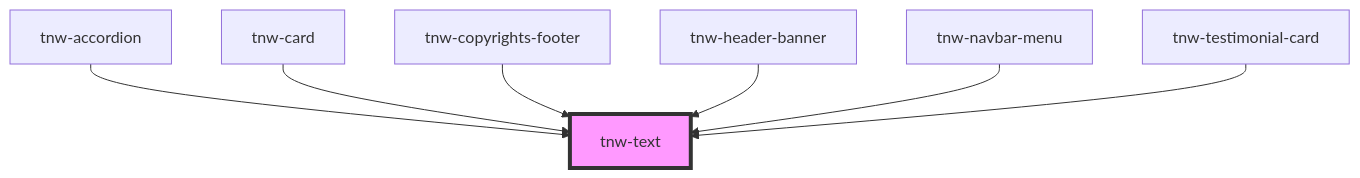
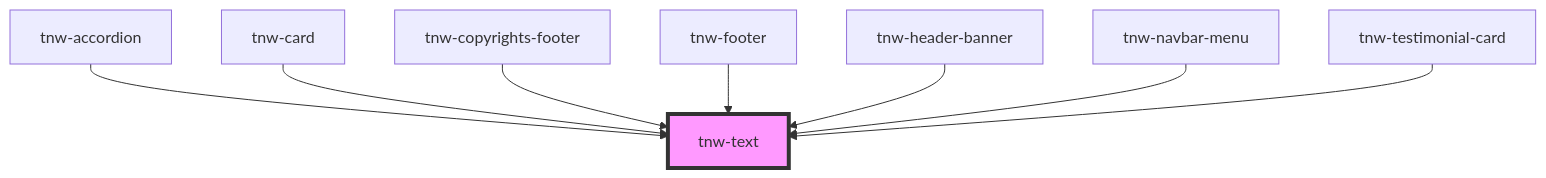
Before and after one commit to technway/technway-component-library: the diagram in packages/stencil-library/src/components/tnw-text/readme.md, drawn with Mermaid. The commit also changed other lines of this file and 18 other files, not shown here.

Commit message:
feat(components): improve tnw-footer and tnw-newsletter-form

````diff
--- a/packages/stencil-library/src/components/tnw-text/readme.md
+++ b/packages/stencil-library/src/components/tnw-text/readme.md
@@ -99,10 +100,11 @@
 ```mermaid
 graph TD;
   tnw-accordion --> tnw-text
   tnw-card --> tnw-text
   tnw-copyrights-footer --> tnw-text
+  tnw-footer --> tnw-text
   tnw-header-banner --> tnw-text
   tnw-navbar-menu --> tnw-text
   tnw-testimonial-card --> tnw-text
   style tnw-text fill:#f9f,stroke:#333,stroke-width:4px
 ```
````
